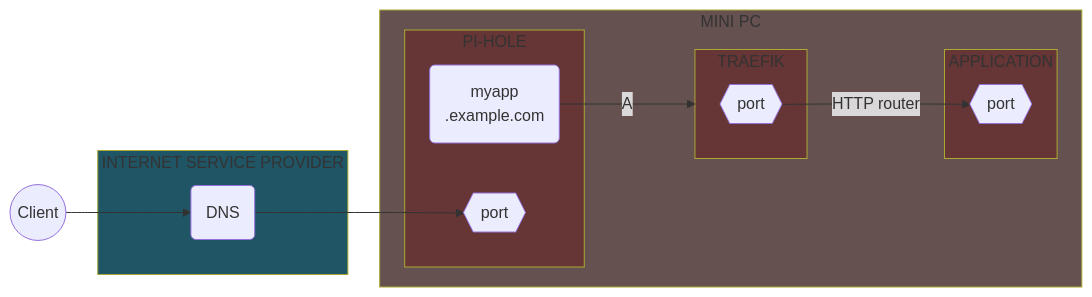
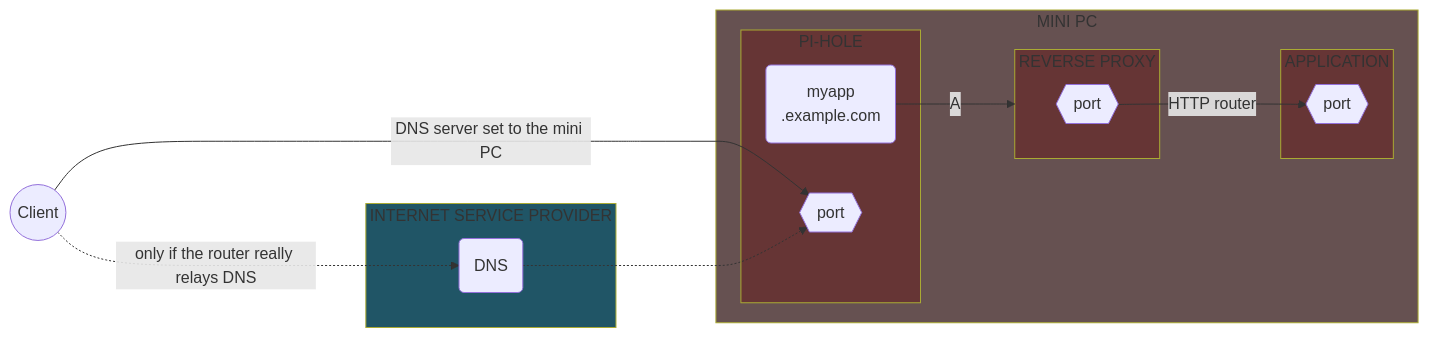
One commit to Yann39/self-hosted-n100 changed the fourth of 31 diagrams in README.md. Above: the diagram before and after it, drawn with Mermaid. The commit also changed other lines of this file, not shown here.

````diff
--- a/README.md
+++ b/README.md
@@ -699,39 +707,40 @@
 ```mermaid
 flowchart LR
     style INTERNET_SERVICE_PROVIDER fill: #205566
     style TRAEFIK_CONTAINER fill: #663535
     style PI_HOLE fill: #663535
     style APPLICATION fill: #663535
     style SERVER_DEVICE fill: #665151
     CLIENT((Client))
     ISP_DNS(DNS)
     PIHOLE_DNS_MYAPP(myapp\n.example.com)
     DOCKER_TRAEFIK_PORT{{port}}
     APPLICATION_PORT{{port}}
     PIHOLE_DNS{{port}}
 
     subgraph INTERNET_SERVICE_PROVIDER[INTERNET SERVICE PROVIDER]
         ISP_DNS
     end
 
     subgraph SERVER_DEVICE[MINI PC]
         subgraph PI_HOLE[PI-HOLE]
             PIHOLE_DNS
             PIHOLE_DNS_MYAPP
         end
 
-        subgraph TRAEFIK_CONTAINER[TRAEFIK]
+        subgraph TRAEFIK_CONTAINER[REVERSE PROXY]
             DOCKER_TRAEFIK_PORT
         end
 
         subgraph APPLICATION[APPLICATION]
             APPLICATION_PORT
         end
 
     end
 
-    CLIENT ---> ISP_DNS
-    ISP_DNS ---> PIHOLE_DNS
+    CLIENT ---->|DNS server set to the mini PC| PIHOLE_DNS
+    CLIENT -..->|only if the router really relays DNS| ISP_DNS
+    ISP_DNS -..-> PIHOLE_DNS
     PIHOLE_DNS_MYAPP --->|A| TRAEFIK_CONTAINER
     DOCKER_TRAEFIK_PORT -->|HTTP router| APPLICATION_PORT
 ```
````
